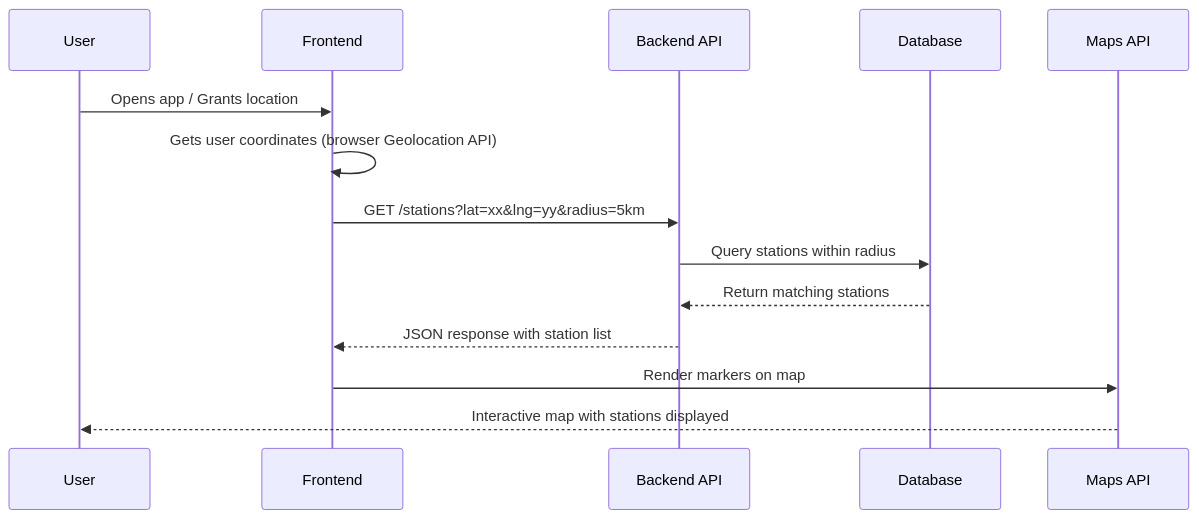
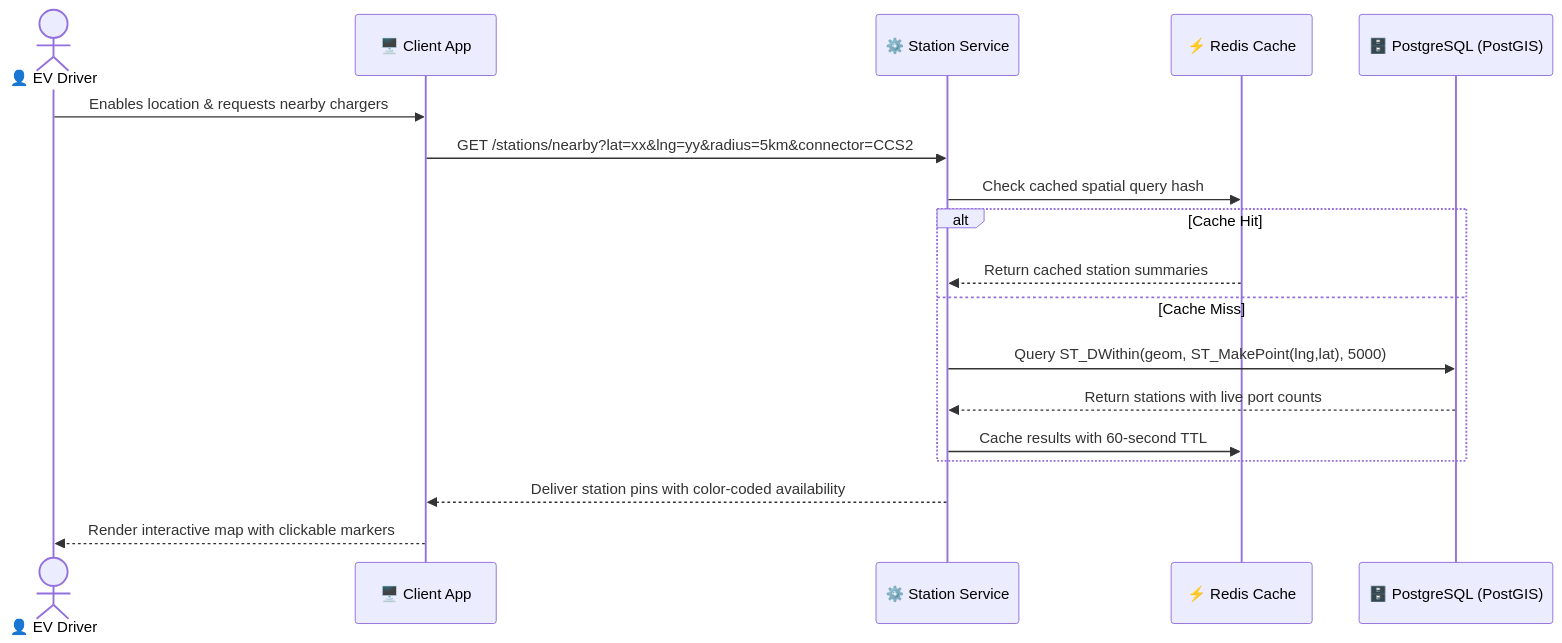
One commit to Gauravkumar512/2026_B_EV-Charging-Station-Locator_2400290130078 changed the second of 3 diagrams in docs/architecture.md. Above: the diagram before and after it, drawn with Mermaid. The commit also changed other lines of this file and 10 other files, not shown here.

````diff
--- a/docs/architecture.md
+++ b/docs/architecture.md
@@ -98,17 +135,21 @@
 ```mermaid
 sequenceDiagram
-    participant User
-    participant Frontend
-    participant API as Backend API
-    participant DB as Database
-    participant Maps as Maps API
+    actor Driver as 👤 EV Driver
+    participant UI as 🖥️ Client App
+    participant API as ⚙️ Station Service
+    participant Cache as ⚡ Redis Cache
+    participant DB as 🗄️ PostgreSQL (PostGIS)
 
-    User->>Frontend: Opens app / Grants location
-    Frontend->>Frontend: Gets user coordinates (browser Geolocation API)
-    Frontend->>API: GET /stations?lat=xx&lng=yy&radius=5km
-    API->>DB: Query stations within radius
-    DB-->>API: Return matching stations
-    API-->>Frontend: JSON response with station list
-    Frontend->>Maps: Render markers on map
-    Maps-->>User: Interactive map with stations displayed
+    Driver->>UI: Enables location & requests nearby chargers
+    UI->>API: GET /stations/nearby?lat=xx&lng=yy&radius=5km&connector=CCS2
+    API->>Cache: Check cached spatial query hash
+    alt Cache Hit
+        Cache-->>API: Return cached station summaries
+    else Cache Miss
+        API->>DB: Query ST_DWithin(geom, ST_MakePoint(lng,lat), 5000)
+        DB-->>API: Return stations with live port counts
+        API->>Cache: Cache results with 60-second TTL
+    end
+    API-->>UI: Deliver station pins with color-coded availability
+    UI-->>Driver: Render interactive map with clickable markers
 ```
````
